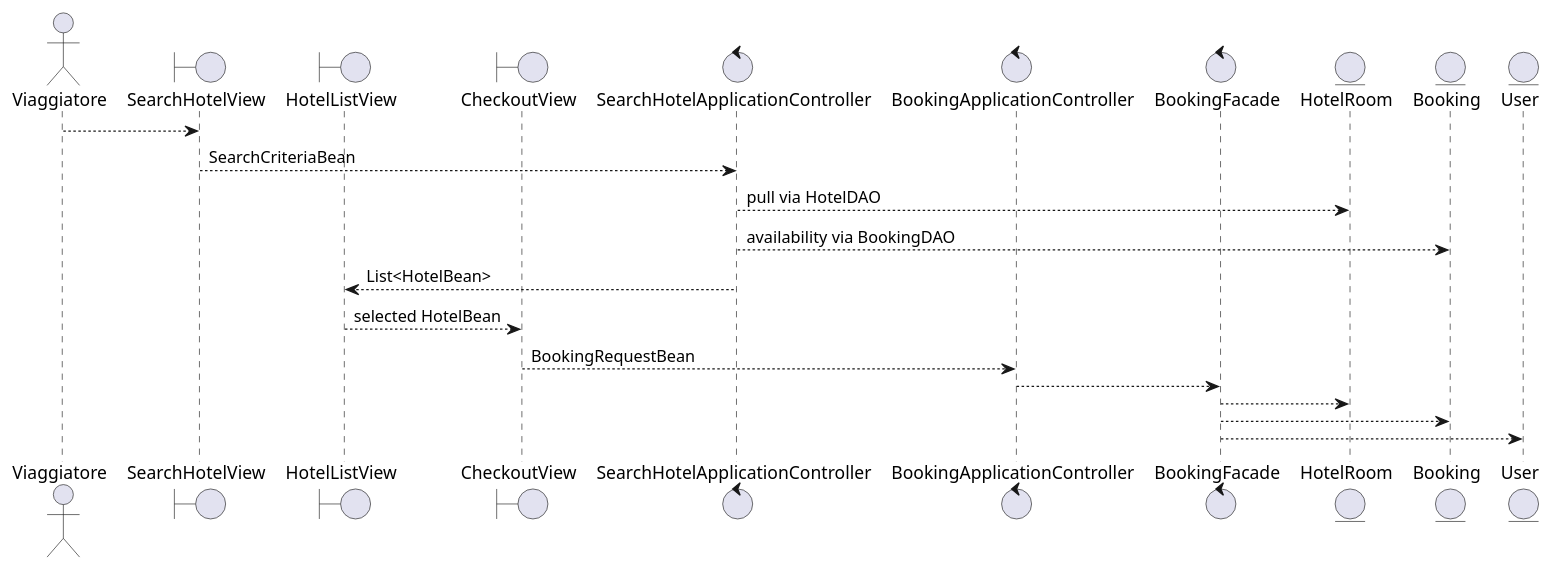
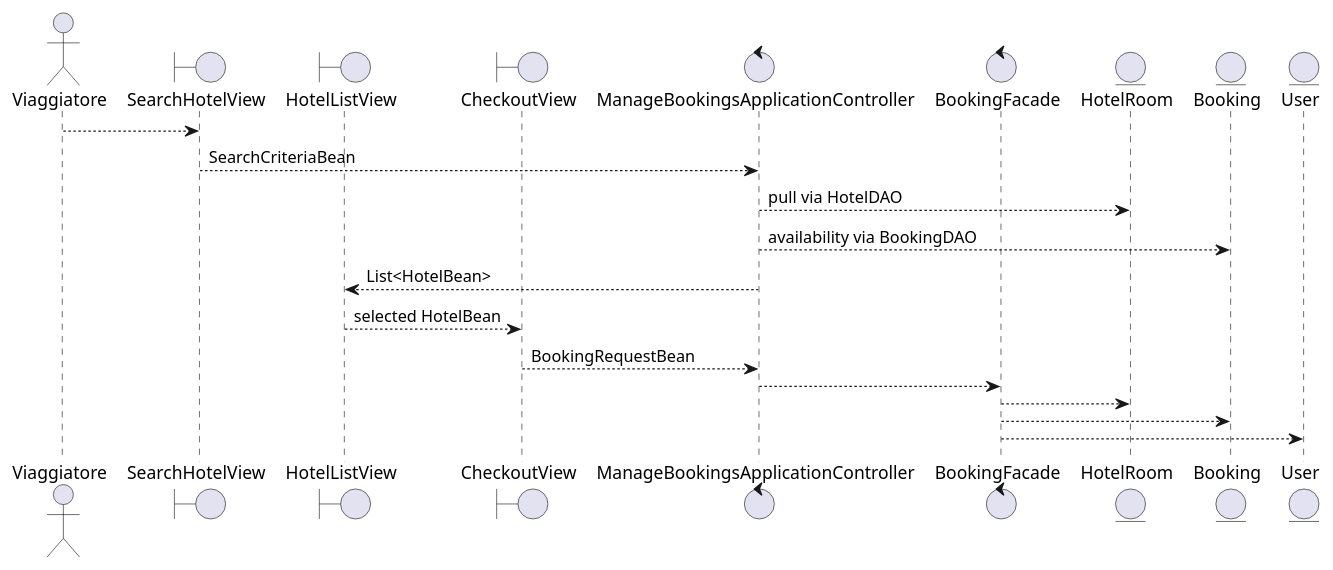
One commit to SammySignorile/adventure-time changed the diagram in docs/uml/vopc-search-booking.puml. Above: the diagram before and after it, drawn with PlantUML. The commit also changed 18 other files, not shown here.

```diff
--- a/docs/uml/vopc-search-booking.puml
+++ b/docs/uml/vopc-search-booking.puml
@@ -1,25 +1,24 @@
 @startuml
 skinparam packageStyle rectangle
 actor Viaggiatore
 boundary SearchHotelView
 boundary HotelListView
 boundary CheckoutView
-control SearchHotelApplicationController
-control BookingApplicationController
+control ManageBookingsApplicationController
 control BookingFacade
 entity HotelRoom
 entity Booking
 entity User
 
 Viaggiatore --> SearchHotelView
-SearchHotelView --> SearchHotelApplicationController : SearchCriteriaBean
-SearchHotelApplicationController --> HotelRoom : pull via HotelDAO
-SearchHotelApplicationController --> Booking : availability via BookingDAO
-SearchHotelApplicationController --> HotelListView : List<HotelBean>
+SearchHotelView --> ManageBookingsApplicationController : SearchCriteriaBean
+ManageBookingsApplicationController --> HotelRoom : pull via HotelDAO
+ManageBookingsApplicationController --> Booking : availability via BookingDAO
+ManageBookingsApplicationController --> HotelListView : List<HotelBean>
 HotelListView --> CheckoutView : selected HotelBean
-CheckoutView --> BookingApplicationController : BookingRequestBean
-BookingApplicationController --> BookingFacade
+CheckoutView --> ManageBookingsApplicationController : BookingRequestBean
+ManageBookingsApplicationController --> BookingFacade
 BookingFacade --> HotelRoom
 BookingFacade --> Booking
 BookingFacade --> User
 @enduml
```
